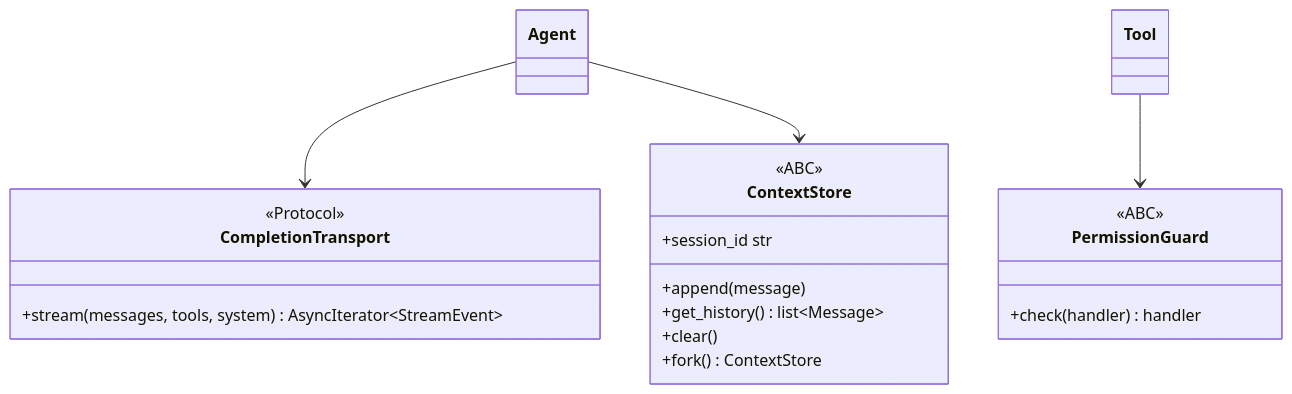
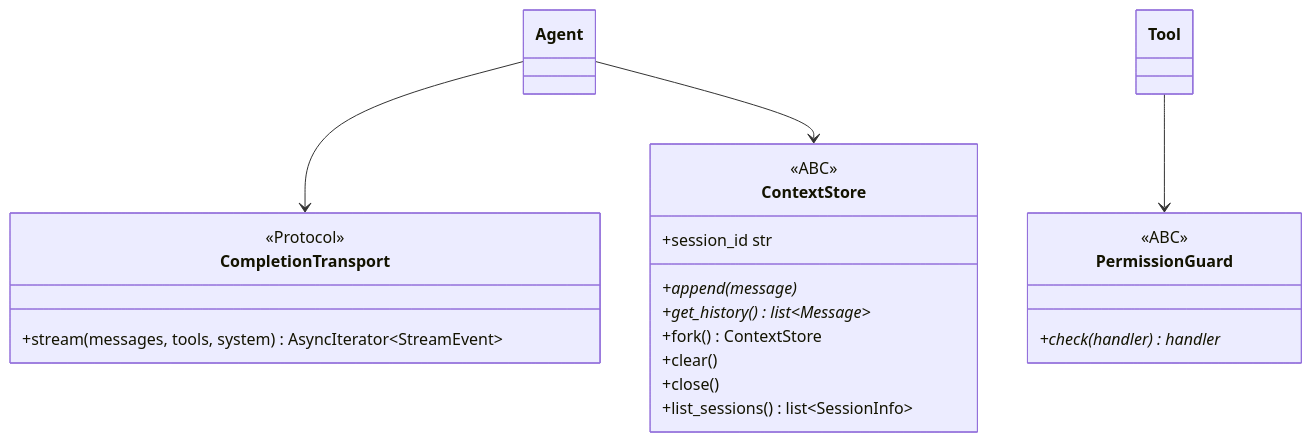
The diagram in docs/concepts/protocols.md (mosquito/axio-agent), drawn with Mermaid before and after one commit. The commit also changed other lines of this file and 48 other files, not shown here.

````diff
--- a/docs/concepts/protocols.md
+++ b/docs/concepts/protocols.md
@@ -9,22 +9,24 @@
 ```{mermaid}
 classDiagram
     class CompletionTransport {
         <<Protocol>>
         +stream(messages, tools, system) AsyncIterator~StreamEvent~
     }
     class ContextStore {
         <<ABC>>
+        +append(message)*
+        +get_history() list~Message~*
         +session_id str
-        +append(message)
-        +get_history() list~Message~
+        +fork() ContextStore
         +clear()
-        +fork() ContextStore
+        +close()
+        +list_sessions() list~SessionInfo~
     }
     class PermissionGuard {
         <<ABC>>
-        +check(handler) handler
+        +check(handler) handler*
     }
     Agent --> CompletionTransport
     Agent --> ContextStore
     Tool --> PermissionGuard
 ```
````
